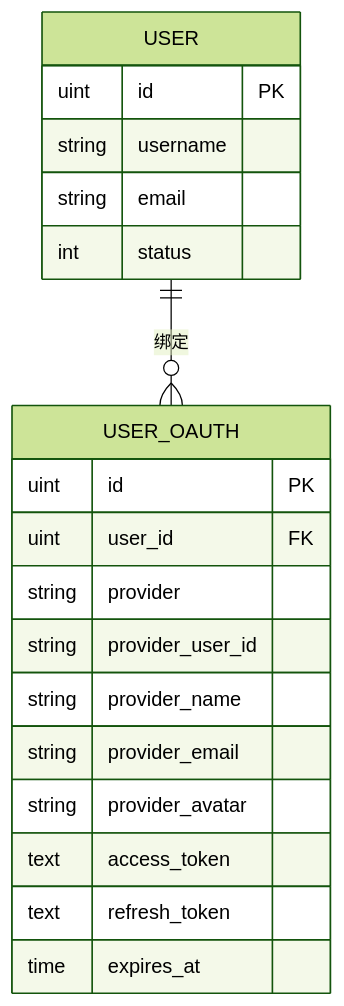
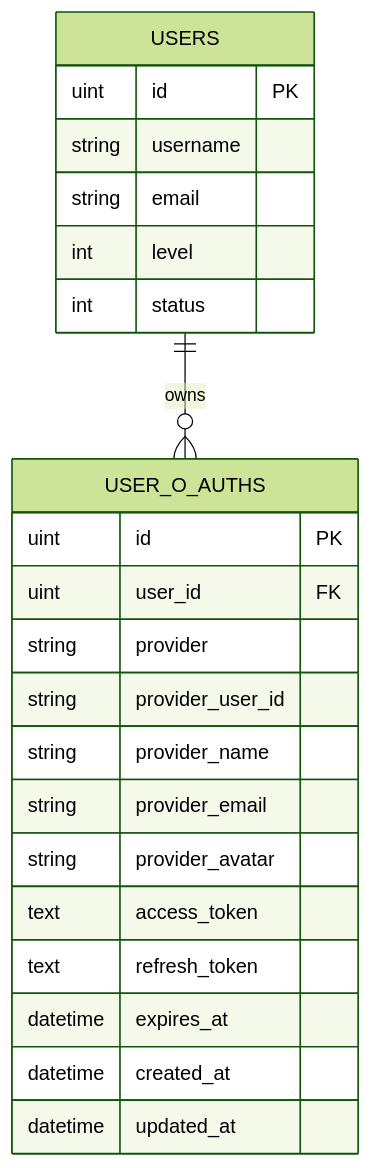
Before and after one commit to x01n/dnsplane: the fourth of 5 diagrams in docs/用户权限系统/OAuth集成.md, drawn with Mermaid (forest theme). The commit also changed other lines of this file and 326 other files, not shown here.

````diff
--- a/docs/用户权限系统/OAuth集成.md
+++ b/docs/用户权限系统/OAuth集成.md
@@ -259,22 +381,25 @@
 ```mermaid
 erDiagram
-USER {
-uint id PK
-string username
-string email
-int status
-}
-USER_OAUTH {
-uint id PK
-uint user_id FK
-string provider
-string provider_user_id
-string provider_name
-string provider_email
-string provider_avatar
-text access_token
-text refresh_token
-time expires_at
-}
-USER ||--o{ USER_OAUTH : "绑定"
+    USERS ||--o{ USER_O_AUTHS : owns
+    USER_O_AUTHS {
+        uint id PK
+        uint user_id FK
+        string provider
+        string provider_user_id
+        string provider_name
+        string provider_email
+        string provider_avatar
+        text access_token
+        text refresh_token
+        datetime expires_at
+        datetime created_at
+        datetime updated_at
+    }
+    USERS {
+        uint id PK
+        string username
+        string email
+        int level
+        int status
+    }
 ```
````
